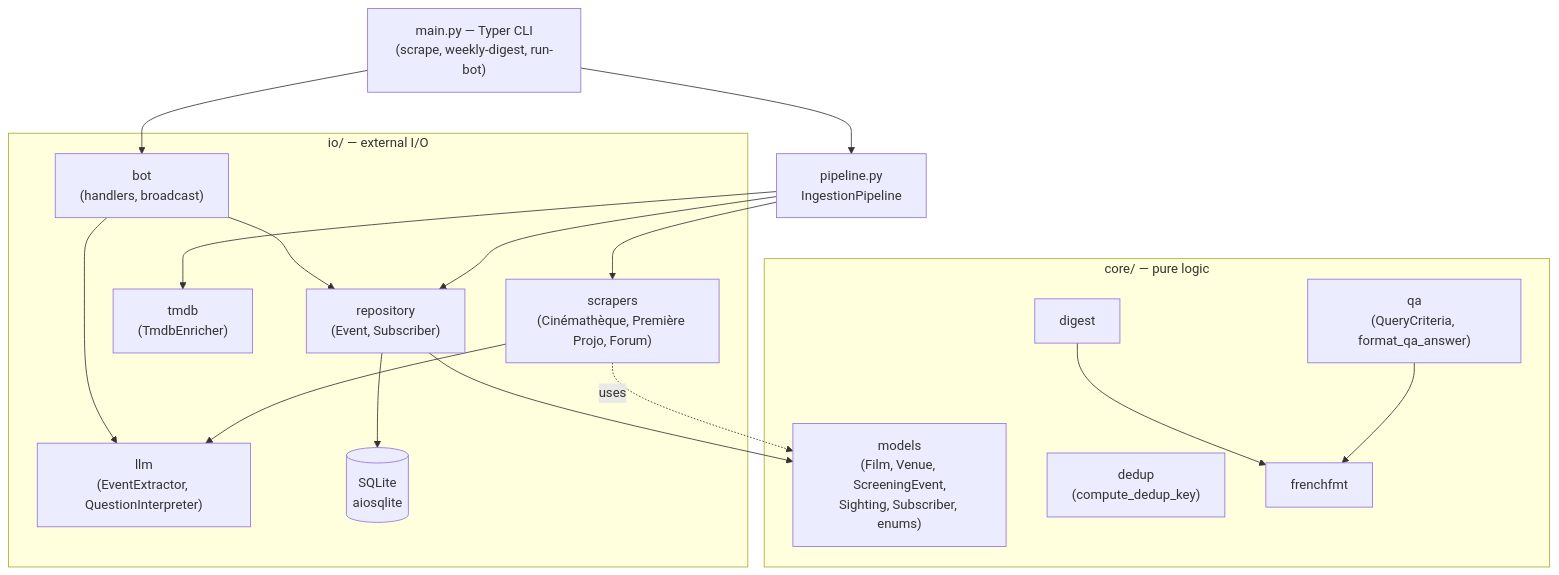
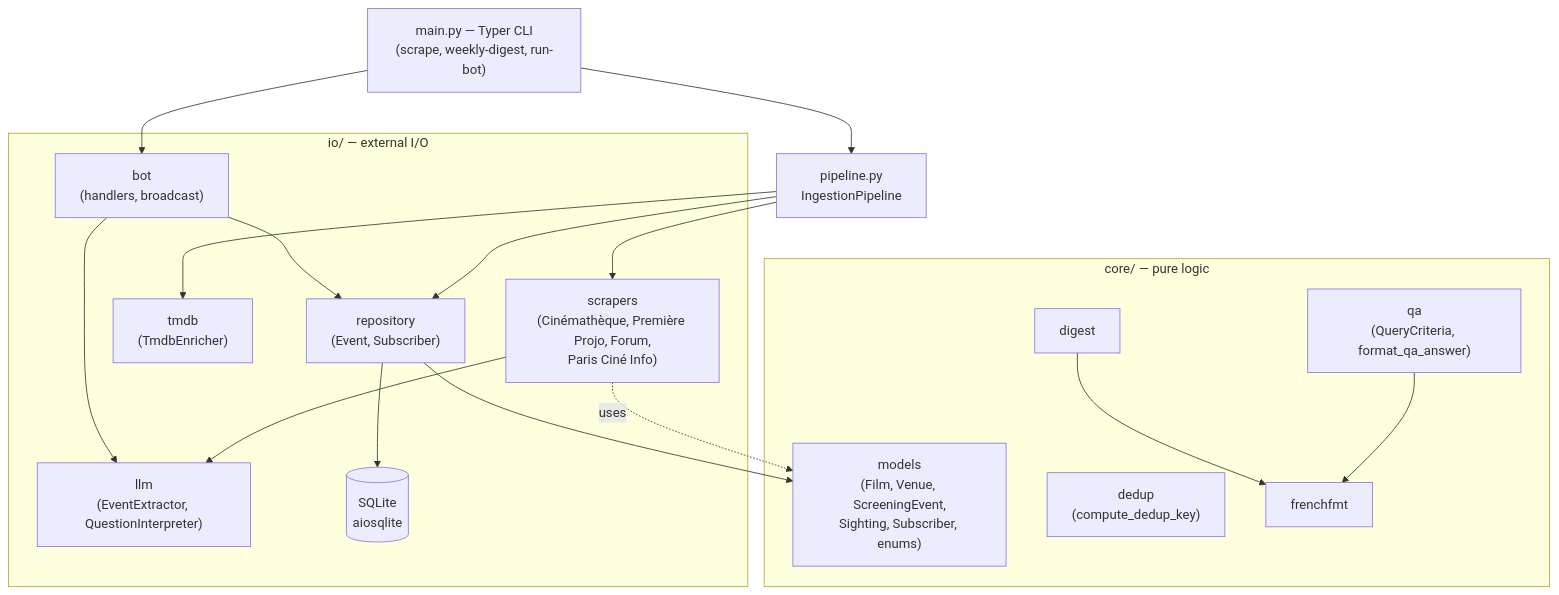
The first of 3 diagrams in docs/architecture.md (Pierrafrom/lanterne), drawn with Mermaid before and after one commit. The commit also changed other lines of this file and 15 other files, not shown here.

````diff
--- a/docs/architecture.md
+++ b/docs/architecture.md
@@ -23,37 +23,37 @@
 ```mermaid
 flowchart TD
     CLI["main.py — Typer CLI<br/>(scrape, weekly-digest, run-bot)"]
 
     subgraph core["core/ — pure logic"]
         models["models<br/>(Film, Venue, ScreeningEvent,<br/>Sighting, Subscriber, enums)"]
         dedup["dedup<br/>(compute_dedup_key)"]
         qa["qa<br/>(QueryCriteria, format_qa_answer)"]
         digest["digest"]
         frenchfmt["frenchfmt"]
     end
 
     subgraph io["io/ — external I/O"]
-        scrapers["scrapers<br/>(Cinémathèque, Première Projo, Forum)"]
+        scrapers["scrapers<br/>(Cinémathèque, Première Projo, Forum,<br/>Paris Ciné Info)"]
         llm["llm<br/>(EventExtractor, QuestionInterpreter)"]
         tmdb["tmdb<br/>(TmdbEnricher)"]
         repo["repository<br/>(Event, Subscriber)"]
         db[("SQLite<br/>aiosqlite")]
         bot["bot<br/>(handlers, broadcast)"]
     end
 
     pipeline["pipeline.py<br/>IngestionPipeline"]
 
     CLI --> pipeline
     CLI --> bot
     pipeline --> scrapers
     pipeline --> tmdb
     pipeline --> repo
     scrapers --> llm
     repo --> db
     bot --> repo
     bot --> llm
     scrapers -.uses.-> models
     repo --> models
     qa --> frenchfmt
     digest --> frenchfmt
 ```
````
